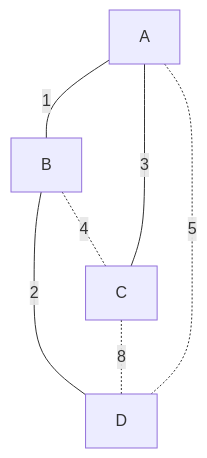
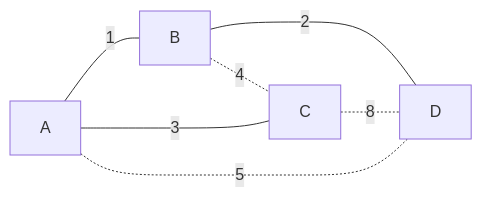
The fourth of 4 diagrams in blogs/algorithm/graph/minimum-spanning-tree.md (Chivas-Regal/Tech), drawn with Mermaid before and after one commit. The commit also changed other lines of this file and 409 other files, not shown here.

Commit message:
mermaid flowchart

````diff
--- a/blogs/algorithm/graph/minimum-spanning-tree.md
+++ b/blogs/algorithm/graph/minimum-spanning-tree.md
@@ -71,9 +68,9 @@
 ```mermaid
-graph TB;
+graph LR;
 A---|1|B
 A---|3|C
 B---|2|D
 C-.-|8|D
 B-.-|4|C
 A-.-|5|D
 ```
````
